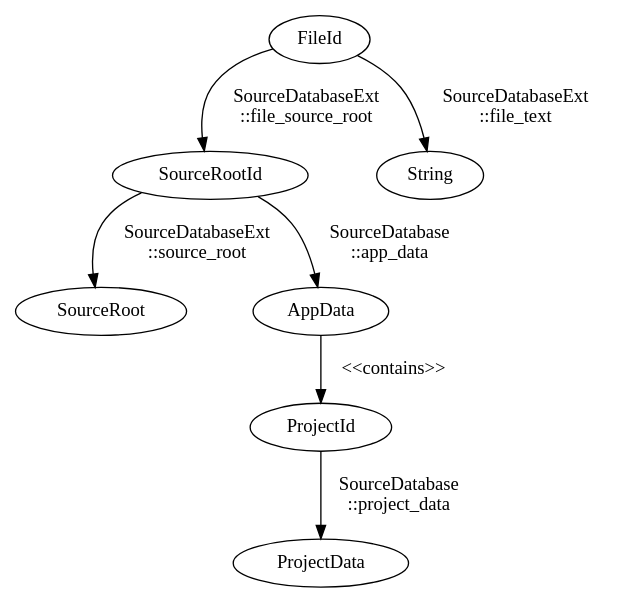
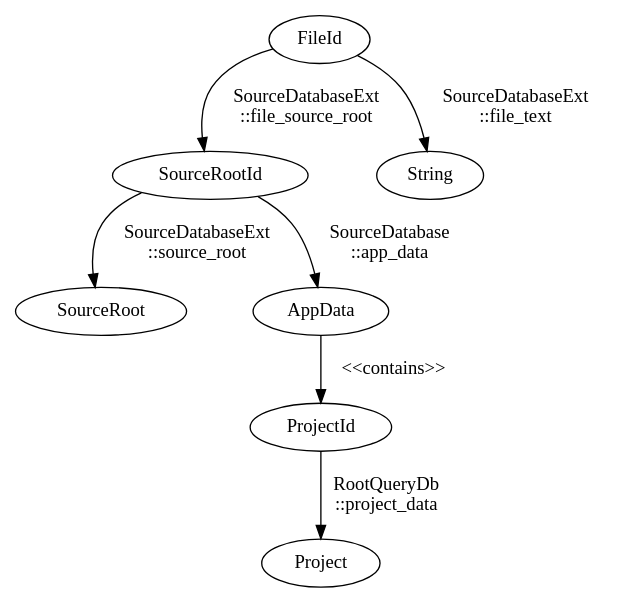
One commit to WhatsApp/erlang-language-platform changed the diagram in docs/input_data_graph.dot. Above: the diagram before and after it, drawn with Graphviz. The commit also changed 23 other files, not shown here.

First line of the commit message:
Read projects directly and drop the derived ProjectData view

```diff
--- a/docs/input_data_graph.dot
+++ b/docs/input_data_graph.dot
@@ -1,20 +1,20 @@
 // Convert to PNG by
 // dot -Tpng input_data_graph.dot -o input_data_graph.png
 
 digraph {
     SourceRoot
     SourceRootId
-    ProjectData
+    Project
     ProjectId
     AppData
     FileId
 
     SourceRootId -> AppData    [label = "SourceDatabase\n::app_data"]
-    ProjectId -> ProjectData   [label = "SourceDatabase\n::project_data" ]
+    ProjectId -> Project       [label = "RootQueryDb\n::project_data" ]
 
     AppData -> ProjectId       [label = "<<contains>>"]
 
     FileId       -> String        [label = "SourceDatabaseExt\n::file_text"]
     FileId       -> SourceRootId  [label = "SourceDatabaseExt\n::file_source_root"]
     SourceRootId -> SourceRoot    [label = "SourceDatabaseExt\n::source_root"]
 }
```
